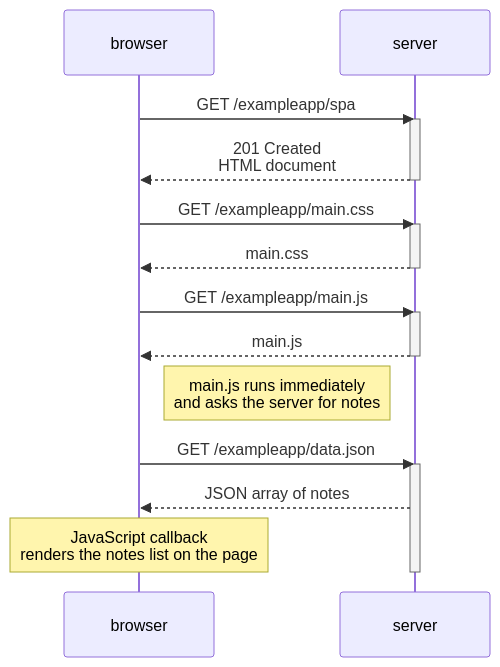
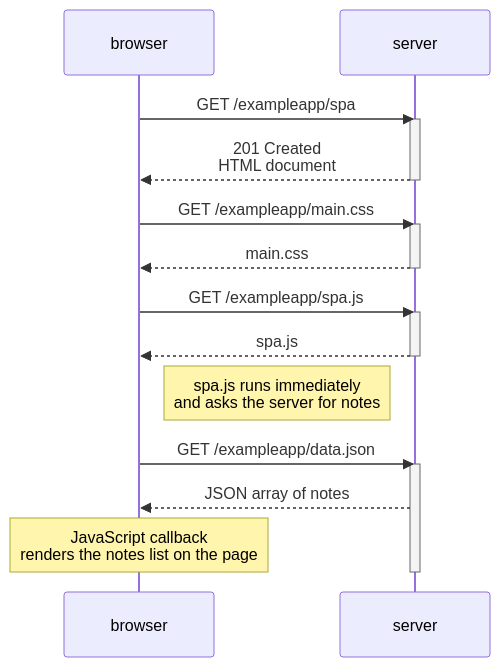
Before and after one commit to shermszz/FullStackOpen: the diagram in ex0.5_diagrams.md, drawn with Mermaid.

````diff
--- a/ex0.5_diagrams.md
+++ b/ex0.5_diagrams.md
@@ -1,30 +1,30 @@
 ```mermaid
 sequenceDiagram
     participant browser
     participant server
 
     %% 1 – INITIAL PAGE REQUEST
     browser->>server: GET /exampleapp/spa
     activate server
     server-->>browser: 201 Created <br/>HTML document
     deactivate server
 
     %% 2 – STATIC ASSETS FOR THE SPA SHELL
     browser->>server: GET /exampleapp/main.css
     activate server
     server-->>browser: main.css
     deactivate server
 
-    browser->>server: GET /exampleapp/main.js
+    browser->>server: GET /exampleapp/spa.js
     activate server
-    server-->>browser: main.js
+    server-->>browser: spa.js
     deactivate server
 
     %% 3 – SPA BOOTSTRAP: FETCH DATA
-    Note right of browser: main.js runs immediately<br/>and asks the server for notes
+    Note right of browser: spa.js runs immediately<br/>and asks the server for notes
     browser->>server: GET /exampleapp/data.json
     activate server
     server-->>browser: JSON array of notes
     Note over browser: JavaScript callback<br/>renders the notes list on the page
     deactivate server
 ```
````
